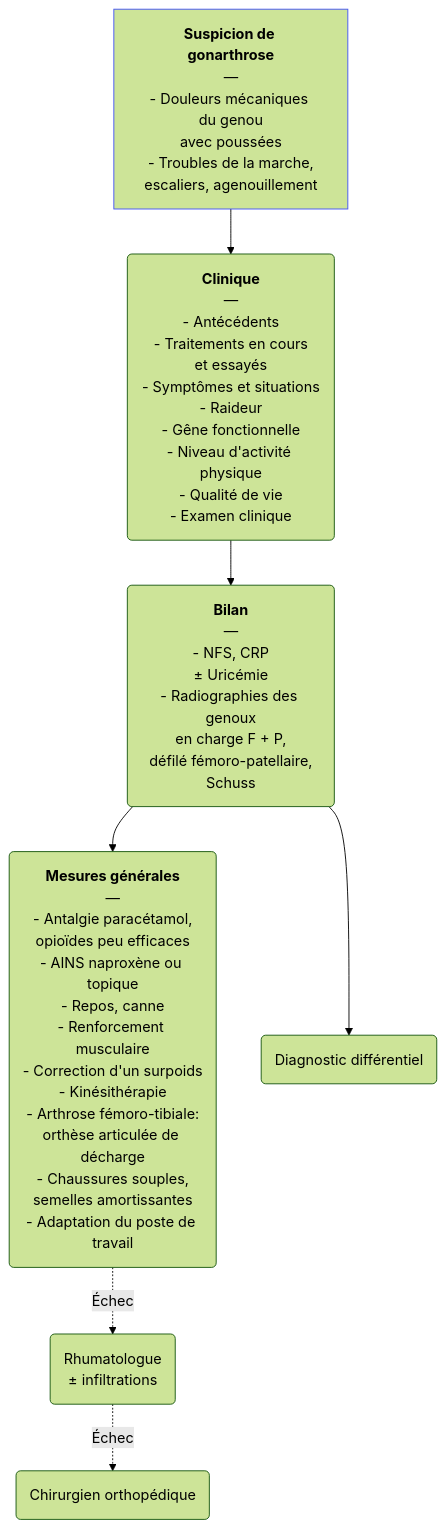
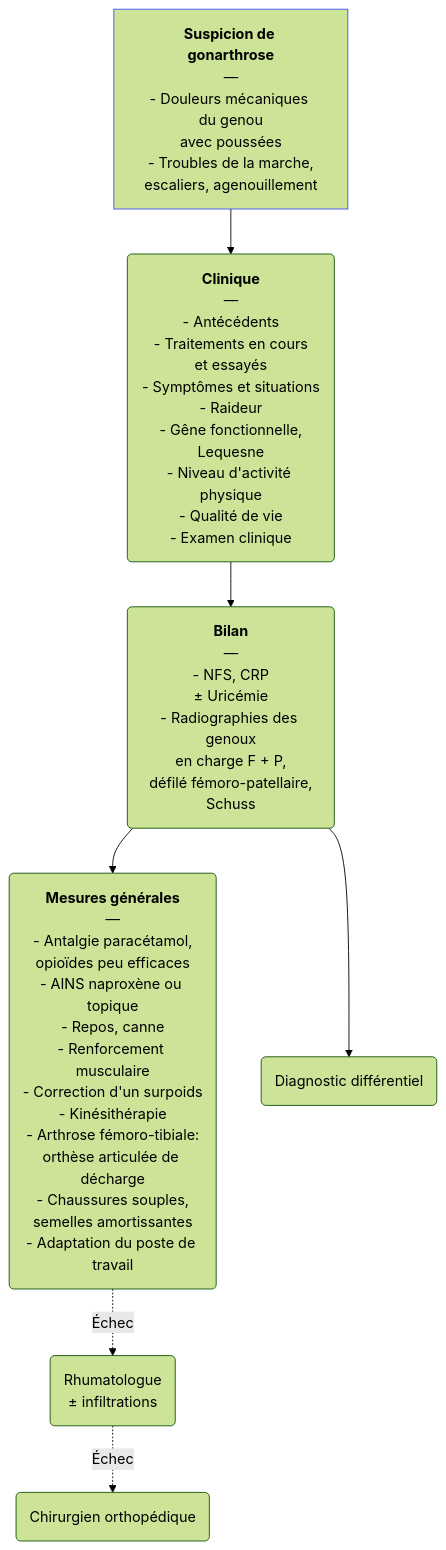
One commit to djibe/recommandations-medicales changed the diagram in content/recommandations/gonarthrose.md. Above: the diagram before and after it, drawn with Mermaid (forest theme). The commit also changed other lines of this file and 4 other files, not shown here.

```diff
--- a/content/recommandations/gonarthrose.md
+++ b/content/recommandations/gonarthrose.md
@@ -289,6 +290,6 @@
 {{< mermaid title="Prise en charge de la gonarthrose par le médecin généraliste. Dr JB Fron d'après SFRhumato" >}}
 graph TB
-  suspicion["<b>Suspicion de gonarthrose</b><br>—<br>- Douleurs mécaniques du genou<br>avec poussées<br>- Troubles de la marche,<br>escaliers, agenouillement"] --> clinique("<b>Clinique</b><br>—<br>- Antécédents<br>- Traitements en cours<br>et essayés<br>- Symptômes et situations<br>- Raideur<br>- Gêne fonctionnelle<br>- Niveau d'activité physique<br>- Qualité de vie<br>- Examen clinique") --> bilan("<b>Bilan</b><br>—<br>- NFS, CRP<br>± Uricémie<br>- Radiographies des genoux<br>en charge F + P,<br>défilé fémoro-patellaire,<br>Schuss") --> mesures("<b>Mesures générales</b><br>—<br>- Antalgie paracétamol,<br>opioïdes peu efficaces<br>- AINS naproxène ou topique<br>- Repos, canne<br>- Renforcement musculaire<br>- Correction d'un surpoids<br>- Kinésithérapie<br>- Arthrose fémoro-tibiale:<br>orthèse articulée de décharge<br>- Chaussures souples,<br>semelles amortissantes<br>- Adaptation du poste de travail") -. Échec .-> rhumatologue("Rhumatologue<br>± infiltrations") -. Échec .-> orthopédie("Chirurgien orthopédique")
+  suspicion["<b>Suspicion de gonarthrose</b><br>—<br>- Douleurs mécaniques du genou<br>avec poussées<br>- Troubles de la marche,<br>escaliers, agenouillement"] --> clinique("<b>Clinique</b><br>—<br>- Antécédents<br>- Traitements en cours<br>et essayés<br>- Symptômes et situations<br>- Raideur<br>- Gêne fonctionnelle,<br>Lequesne<br>- Niveau d'activité physique<br>- Qualité de vie<br>- Examen clinique") --> bilan("<b>Bilan</b><br>—<br>- NFS, CRP<br>± Uricémie<br>- Radiographies des genoux<br>en charge F + P,<br>défilé fémoro-patellaire,<br>Schuss") --> mesures("<b>Mesures générales</b><br>—<br>- Antalgie paracétamol,<br>opioïdes peu efficaces<br>- AINS naproxène ou topique<br>- Repos, canne<br>- Renforcement musculaire<br>- Correction d'un surpoids<br>- Kinésithérapie<br>- Arthrose fémoro-tibiale:<br>orthèse articulée de décharge<br>- Chaussures souples,<br>semelles amortissantes<br>- Adaptation du poste de travail") -. Échec .-> rhumatologue("Rhumatologue<br>± infiltrations") -. Échec .-> orthopédie("Chirurgien orthopédique")
     bilan --> différentiel(Diagnostic différentiel)
   style suspicion stroke:#4150f5, stroke-width:1px
 {{< /mermaid >}}
```
